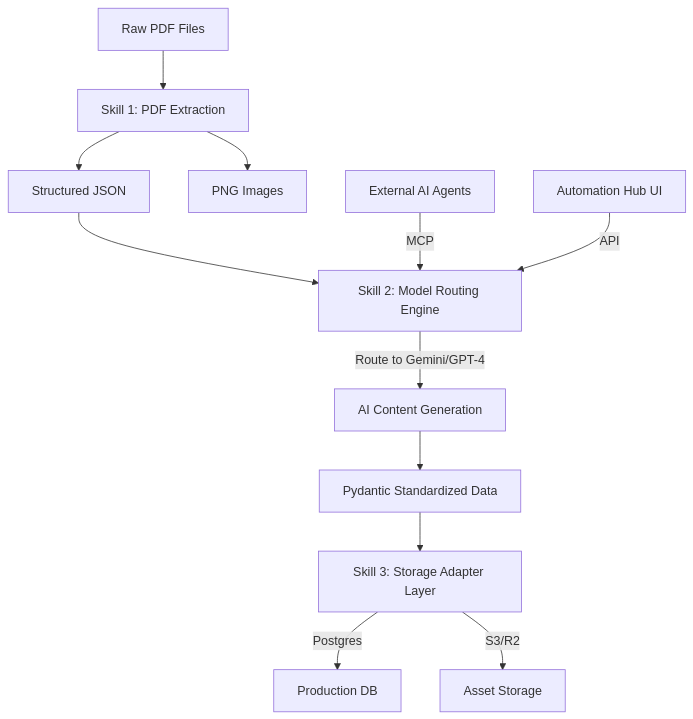
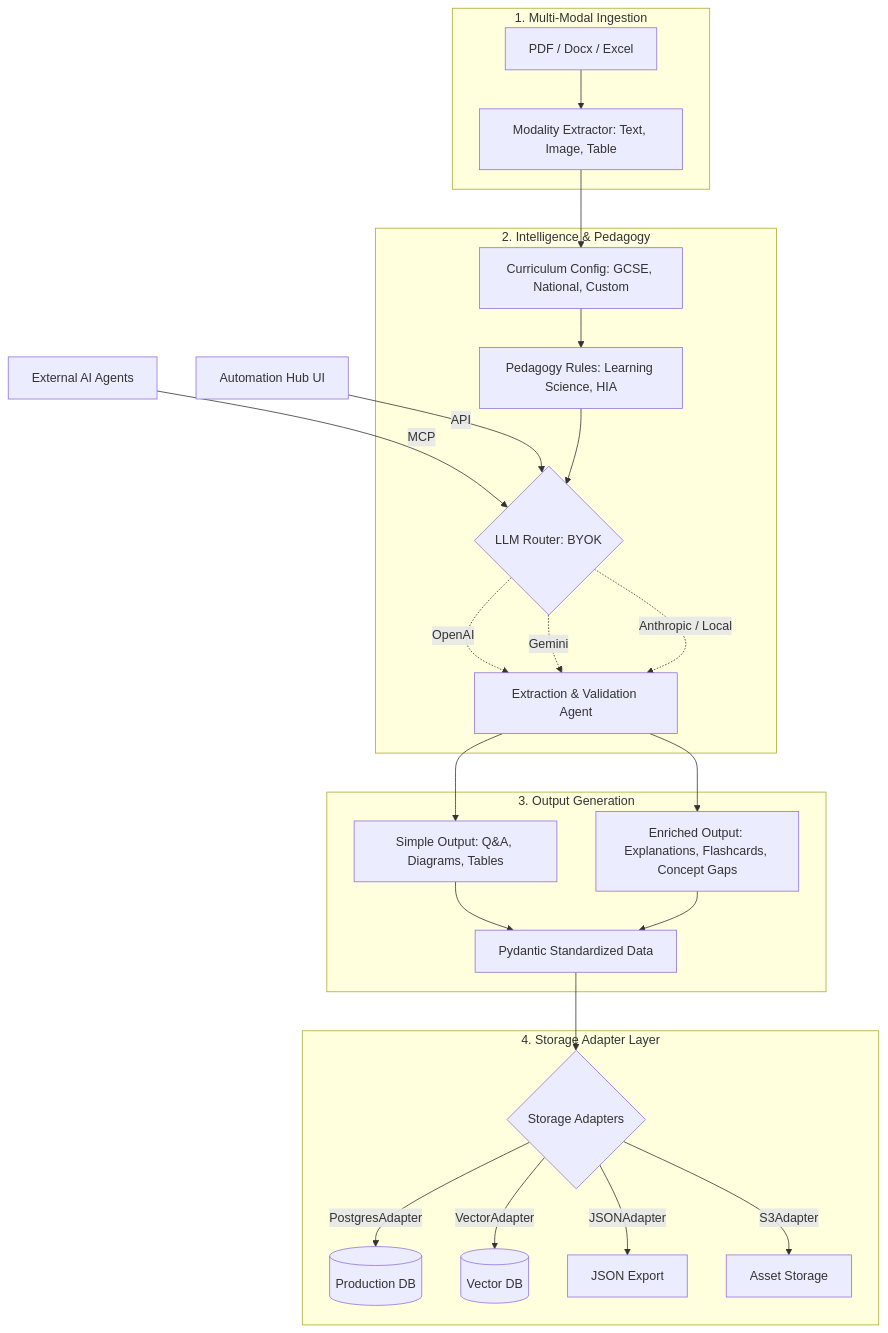
One commit to shmukit/Edmate changed the diagram in docs/technical/AGENTIC_WORKFLOW.md. Above: the diagram before and after it, drawn with Mermaid. The commit also changed other lines of this file and 1 other file, not shown here.

Commit message:
docs: update architecture documentation and diagrams to reflect modular ingestion and pedagogical workflow enhancements

````diff
--- a/docs/technical/AGENTIC_WORKFLOW.md
+++ b/docs/technical/AGENTIC_WORKFLOW.md
@@ -13,17 +13,50 @@
 ```mermaid
 graph TB
-    A[Raw PDF Files] --> B[Skill 1: PDF Extraction]
-    B --> C[Structured JSON]
-    B --> D[PNG Images]
-    
-    C --> E[Skill 2: Model Routing Engine]
-    E -->|Route to Gemini/GPT-4| F[AI Content Generation]
-    F --> G[Pydantic Standardized Data]
-    
-    G --> H[Skill 3: Storage Adapter Layer]
-    H -->|Postgres| I[Production DB]
-    H -->|S3/R2| J[Asset Storage]
-    
-    K[External AI Agents] -->|MCP| E
-    L[Automation Hub UI] -->|API| E
+    %% External Interfaces
+    K[External AI Agents] -->|MCP| Router
+    L[Automation Hub UI] -->|API| Router
+
+    %% 1. Ingestion
+    subgraph Ingestion ["1. Multi-Modal Ingestion"]
+        A[PDF / Docx / Excel]
+        M[Modality Extractor: Text, Image, Table]
+        A --> M
+    end
+
+    %% 2. Intelligence
+    subgraph Intelligence ["2. Intelligence & Pedagogy"]
+        C[Curriculum Config: GCSE, National, Custom]
+        P[Pedagogy Rules: Learning Science, HIA]
+        Router{LLM Router: BYOK}
+        
+        M --> C
+        C --> P
+        P --> Router
+        
+        Router -.->|OpenAI| E[Extraction & Validation Agent]
+        Router -.->|Gemini| E
+        Router -.->|Anthropic / Local| E
+    end
+
+    %% 3. Output
+    subgraph Output ["3. Output Generation"]
+        O1[Simple Output: Q&A, Diagrams, Tables]
+        O2[Enriched Output: Explanations, Flashcards, Concept Gaps]
+        
+        E --> O1
+        E --> O2
+        
+        O1 --> S[Pydantic Standardized Data]
+        O2 --> S
+    end
+
+    %% 4. Storage
+    subgraph Persistence ["4. Storage Adapter Layer"]
+        SA{Storage Adapters}
+        S --> SA
+        SA -->|PostgresAdapter| DB1[(Production DB)]
+        SA -->|VectorAdapter| DB2[(Vector DB)]
+        SA -->|JSONAdapter| DB3[JSON Export]
+        SA -->|S3Adapter| DB4[Asset Storage]
+    end
 ```
````
